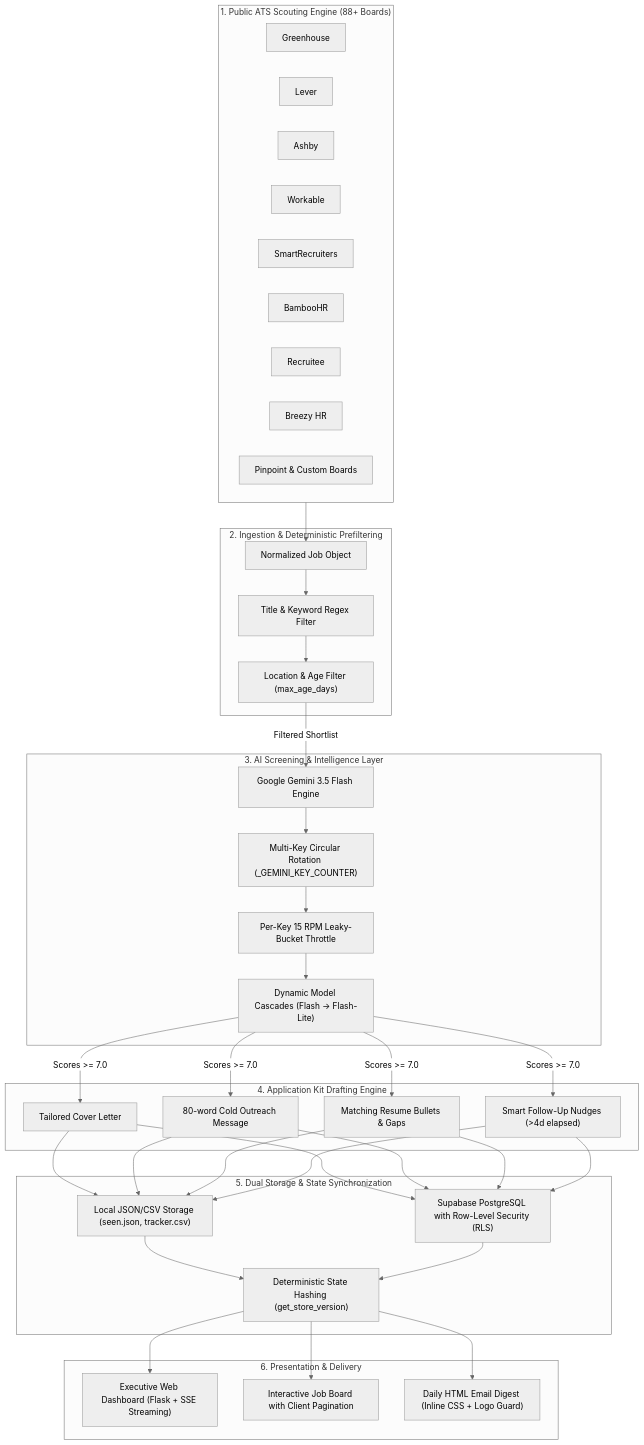
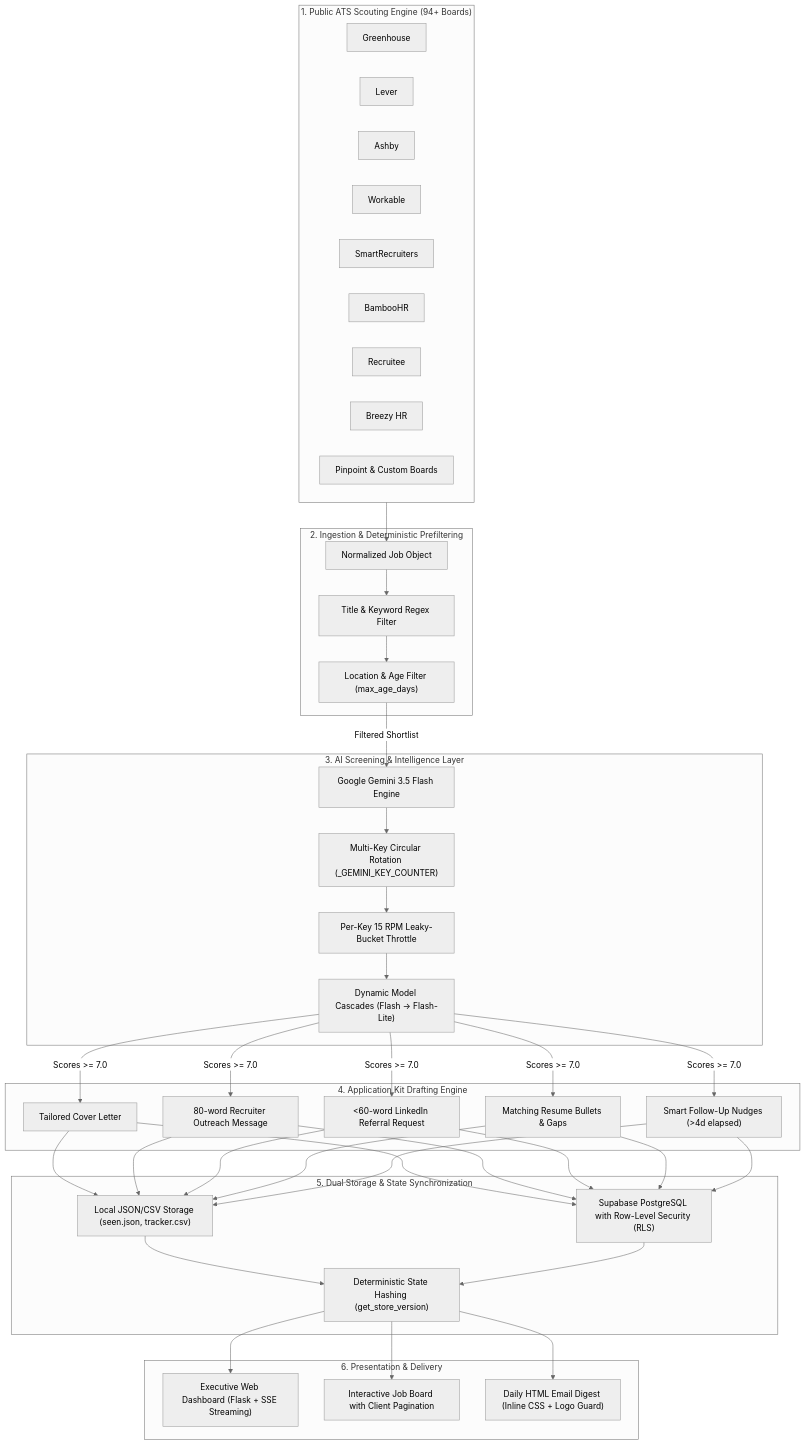
The diagram in docs/ARCHITECTURE.md (tanish-jain-225/job-hunter), drawn with Mermaid (neutral theme) before and after one commit. The commit also changed other lines of this file and 29 other files, not shown here.

````diff
--- a/docs/ARCHITECTURE.md
+++ b/docs/ARCHITECTURE.md
@@ -27,46 +27,47 @@
 ```mermaid
 flowchart TD
-    subgraph S1["1. Public ATS Scouting Engine (88+ Boards)"]
+    subgraph S1["1. Public ATS Scouting Engine (94+ Boards)"]
         A1["Greenhouse"] & A2["Lever"] & A3["Ashby"]
         A4["Workable"] & A5["SmartRecruiters"] & A6["BambooHR"]
         A7["Recruitee"] & A8["Breezy HR"] & A9["Pinpoint & Custom Boards"]
     end
 
     subgraph S2["2. Ingestion & Deterministic Prefiltering"]
         B1["Normalized Job Object"]
         B2["Title & Keyword Regex Filter"]
         B3["Location & Age Filter (max_age_days)"]
     end
 
     subgraph S3["3. AI Screening & Intelligence Layer"]
         C1["Google Gemini 3.5 Flash Engine"]
         C2["Multi-Key Circular Rotation (_GEMINI_KEY_COUNTER)"]
         C3["Per-Key 15 RPM Leaky-Bucket Throttle"]
         C4["Dynamic Model Cascades (Flash -> Flash-Lite)"]
     end
 
     subgraph S4["4. Application Kit Drafting Engine"]
         D1["Tailored Cover Letter"]
-        D2["80-word Cold Outreach Message"]
-        D3["Matching Resume Bullets & Gaps"]
-        D4["Smart Follow-Up Nudges (>4d elapsed)"]
+        D2["80-word Recruiter Outreach Message"]
+        D3["<60-word LinkedIn Referral Request"]
+        D4["Matching Resume Bullets & Gaps"]
+        D5["Smart Follow-Up Nudges (>4d elapsed)"]
     end
 
     subgraph S5["5. Dual Storage & State Synchronization"]
         E1["Local JSON/CSV Storage (seen.json, tracker.csv)"]
         E2["Supabase PostgreSQL with Row-Level Security (RLS)"]
         E3["Deterministic State Hashing (get_store_version)"]
     end
 
     subgraph S6["6. Presentation & Delivery"]
         F1["Executive Web Dashboard (Flask + SSE Streaming)"]
         F2["Interactive Job Board with Client Pagination"]
         F3["Daily HTML Email Digest (Inline CSS + Logo Guard)"]
     end
 
     S1 --> B1 --> B2 --> B3
     B3 -->|Filtered Shortlist| C1 --> C2 --> C3 --> C4
-    C4 -->|Scores >= 7.0| D1 & D2 & D3 & D4
-    D1 & D2 & D3 & D4 --> E1 & E2 --> E3
+    C4 -->|Scores >= 7.0| D1 & D2 & D3 & D4 & D5
+    D1 & D2 & D3 & D4 & D5 --> E1 & E2 --> E3
     E3 --> F1 & F2 & F3
 ```
````
